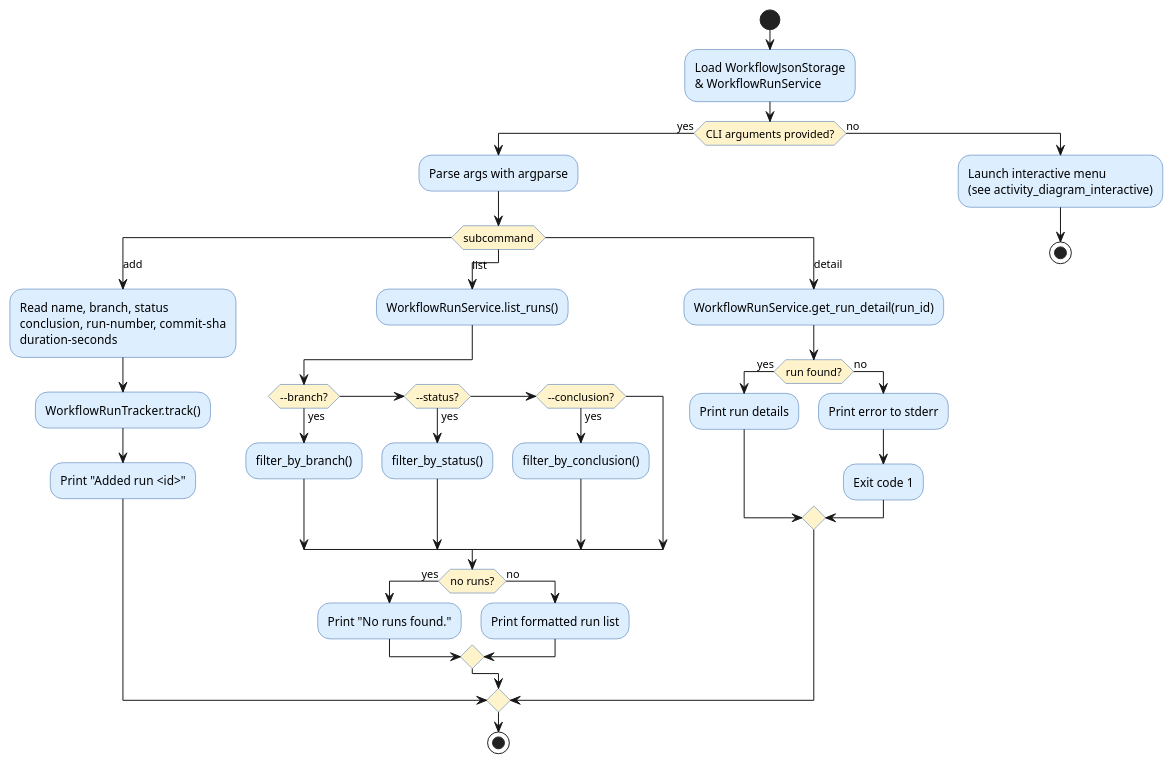
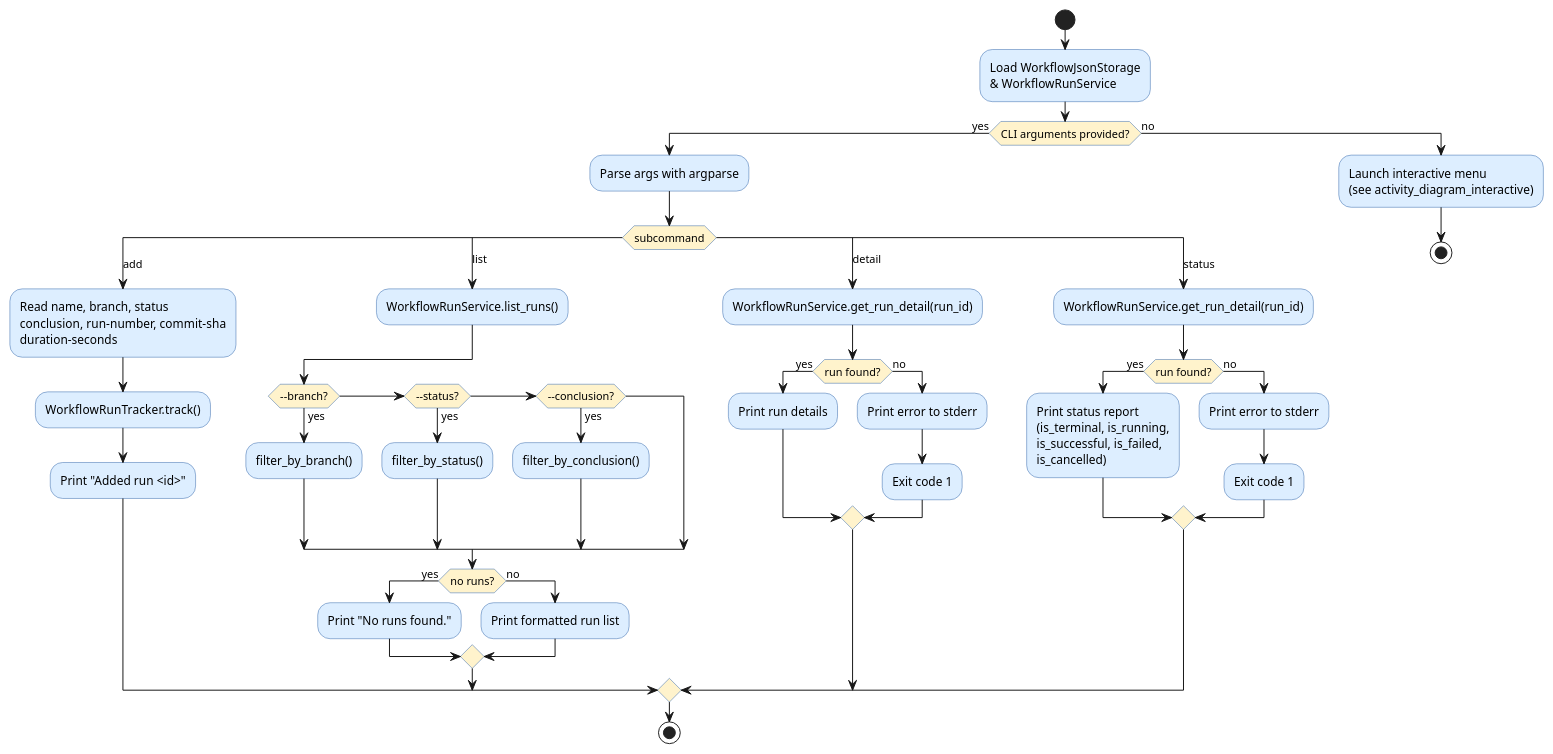
The diagram in experiments/supervisor_as_tools/user_stories/github-workflow-manager/artifacts/activity_diagram_main.puml (DanielRiha8906/Software_autoevolution_using_agents), drawn with PlantUML before and after one commit. The commit also changed 10 other files, not shown here.

First line of the commit message:
task 02 | encapsulated state-checking methods for WorkflowRun

```diff
--- a/experiments/supervisor_as_tools/user_stories/github-workflow-manager/artifacts/activity_diagram_main.puml
+++ b/experiments/supervisor_as_tools/user_stories/github-workflow-manager/artifacts/activity_diagram_main.puml
@@ -1,52 +1,61 @@
 @startuml activity_diagram_main
 
 skinparam activityBackgroundColor #DDEEFF
 skinparam activityBorderColor     #3366AA
 skinparam activityDiamondBackgroundColor #FFF3CC
 
 start
 
 :Load WorkflowJsonStorage\n& WorkflowRunService;
 
 if (CLI arguments provided?) then (yes)
   :Parse args with argparse;
   switch (subcommand)
 
     case (add)
       :Read name, branch, status\nconclusion, run-number, commit-sha\nduration-seconds;
       :WorkflowRunTracker.track();
       :Print "Added run <id>";
 
     case (list)
       :WorkflowRunService.list_runs();
       if (--branch?) then (yes)
         :filter_by_branch();
       elseif (--status?) then (yes)
         :filter_by_status();
       elseif (--conclusion?) then (yes)
         :filter_by_conclusion();
       endif
       if (no runs?) then (yes)
         :Print "No runs found.";
       else (no)
         :Print formatted run list;
       endif
 
     case (detail)
       :WorkflowRunService.get_run_detail(run_id);
       if (run found?) then (yes)
         :Print run details;
       else (no)
         :Print error to stderr;
         :Exit code 1;
       endif
 
+    case (status)
+      :WorkflowRunService.get_run_detail(run_id);
+      if (run found?) then (yes)
+        :Print status report\n(is_terminal, is_running,\nis_successful, is_failed,\nis_cancelled);
+      else (no)
+        :Print error to stderr;
+        :Exit code 1;
+      endif
+
   endswitch
   stop
 
 else (no)
   :Launch interactive menu\n(see activity_diagram_interactive);
   stop
 endif
 
 @enduml
```
